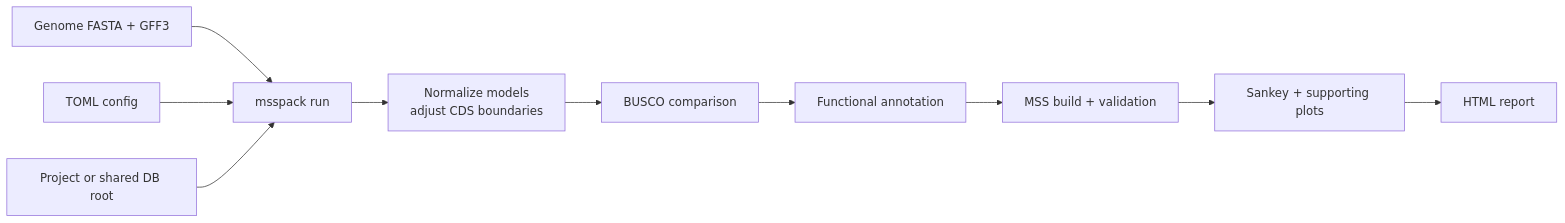
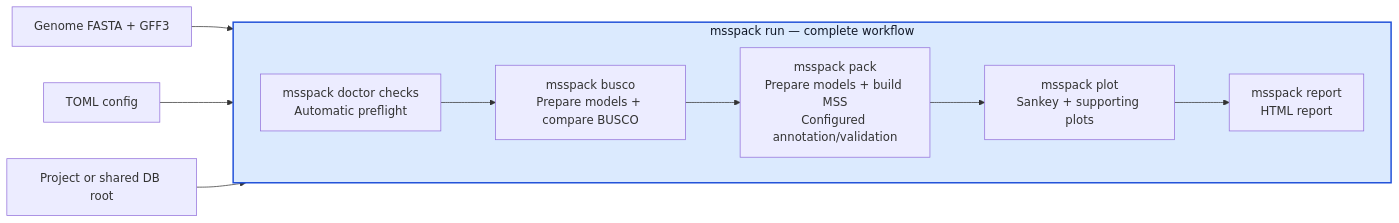
The diagram in README.md (kfuku52/msspack), drawn with Mermaid before and after one commit. The commit also changed other lines of this file and 5 other files, not shown here.

````diff
--- a/README.md
+++ b/README.md
@@ -149,12 +151,22 @@
 ```mermaid
 flowchart LR
-  Inputs["Genome FASTA + GFF3"] --> Run["msspack run"]
-  Config["TOML config"] --> Run
-  DB["Project or shared DB root"] --> Run
-  Run --> Prepare["Normalize models<br/>adjust CDS boundaries"]
-  Prepare --> Busco["BUSCO comparison"]
-  Busco --> Annotate["Functional annotation"]
-  Annotate --> MSS["MSS build + validation"]
-  MSS --> Plot["Sankey + supporting plots"]
-  Plot --> Report["HTML report"]
+  Inputs["Genome FASTA + GFF3"]
+  Config["TOML config"]
+  DB["Project or shared DB root"]
+
+  subgraph Run["msspack run — complete workflow"]
+    direction LR
+    Preflight["msspack doctor checks<br/>Automatic preflight"]
+    Busco["msspack busco<br/>Prepare models + compare BUSCO"]
+    Pack["msspack pack<br/>Prepare models + build MSS<br/>Configured annotation/validation"]
+    Plot["msspack plot<br/>Sankey + supporting plots"]
+    Report["msspack report<br/>HTML report"]
+    Preflight --> Busco --> Pack --> Plot --> Report
+  end
+
+  Inputs --> Preflight
+  Config --> Preflight
+  DB --> Preflight
+
+  style Run fill:#dbeafe,stroke:#1d4ed8,stroke-width:2px,color:#111827
 ```
````
